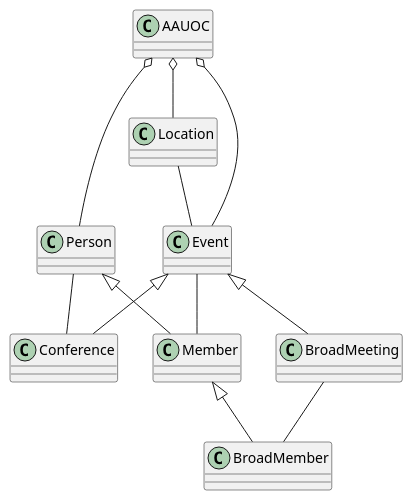
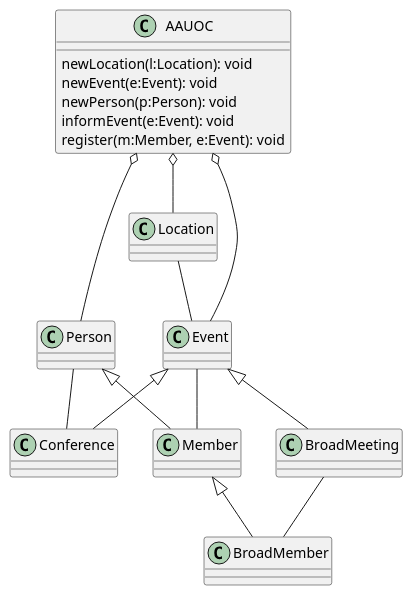
The diagram in P11_Diagrama_UML.puml (sandrasd89/UMLClasesSandra), drawn with PlantUML before and after one commit.

Commit message:
añadido los metodos de aauoc

```diff
--- a/P11_Diagrama_UML.puml
+++ b/P11_Diagrama_UML.puml
@@ -1,43 +1,48 @@
 @startuml
 
 class AAUOC {
+    newLocation(l:Location): void
+    newEvent(e:Event): void
+    newPerson(p:Person): void
+    informEvent(e:Event): void
+    register(m:Member, e:Event): void
 
 }
 class Location {
 
 }
 class Event{
 
 }
 class Conference {
 
 }
 class BroadMeeting{
 }
 
 class Person {
 
 }
 class Member{
 
 }
 
 class BroadMember {
 
 }
 
 AAUOC o-- Event
 AAUOC o-- Location
 AAUOC o-- Person
 Location -- Event
 Event <|-- Conference
 Event <|-- BroadMeeting
 Person <|-- Member
 Member <|-- BroadMember
 Event -- Member
 Person -- Conference
 BroadMeeting -- BroadMember
 
 
 
 @enduml
```
